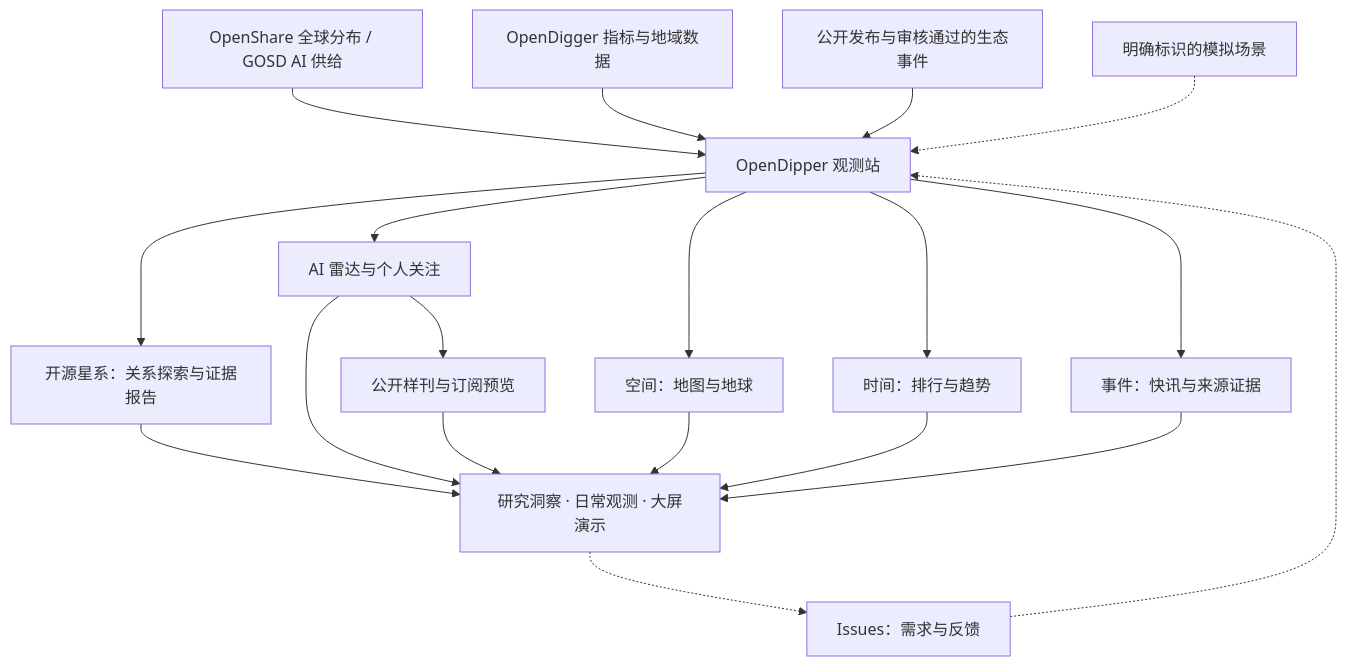
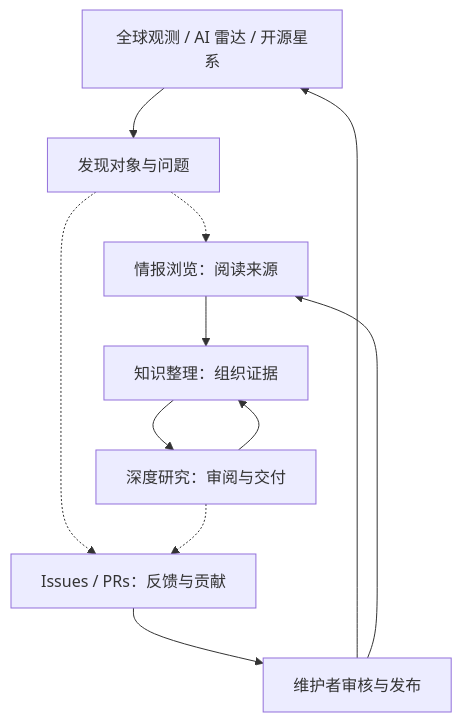
Before and after one commit to X-lab2017/open-dipper: the first of 2 diagrams in README.zh-CN.md, drawn with Mermaid. The commit also changed other lines of this file and 12 other files, not shown here.

````diff
--- a/README.zh-CN.md
+++ b/README.zh-CN.md
@@ -114,21 +122,20 @@
 ```mermaid
 flowchart TD
-  GS["OpenShare 全球分布 / GOSD AI 供给"] --> O
-  M["OpenDigger 指标与地域数据"] --> O["OpenDipper 观测站"]
-  E["公开发布与审核通过的生态事件"] --> O
-  D["明确标识的模拟场景"] -.-> O
-  O --> G["空间：地图与地球"]
-  O --> T["时间：排行与趋势"]
-  O --> W["事件：快讯与来源证据"]
-  O --> R["AI 雷达与个人关注"]
-  O --> X["开源星系：关系探索与证据报告"]
-  X --> V
-  R --> V
-  R --> S["公开样刊与订阅预览"]
-  S --> V
-  G --> V["研究洞察 · 日常观测 · 大屏演示"]
-  T --> V
-  W --> V
-  V -.-> I["Issues：需求与反馈"]
-  I -.-> O
+  A["全球观测 / AI 雷达 / 开源星系"]
+  B["发现对象与问题"]
+  C["情报浏览：阅读来源"]
+  D["知识整理：组织证据"]
+  E["深度研究：审阅与交付"]
+  F["Issues / PRs：反馈与贡献"]
+  G["维护者审核与发布"]
+  A --> B
+  B -.-> C
+  C --> D
+  D --> E
+  E --> D
+  B -.-> F
+  E -.-> F
+  F --> G
+  G --> A
+  G --> C
 ```
````
